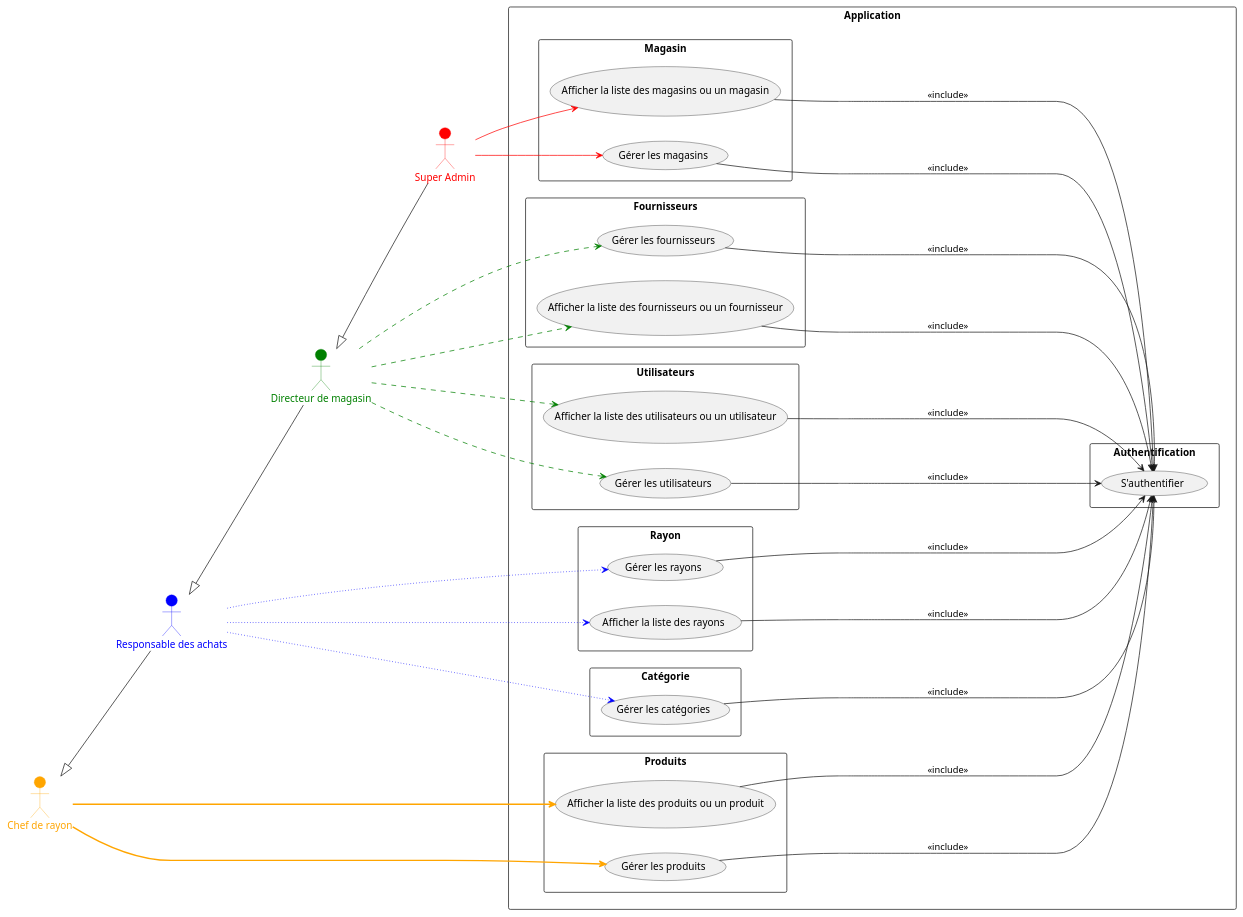
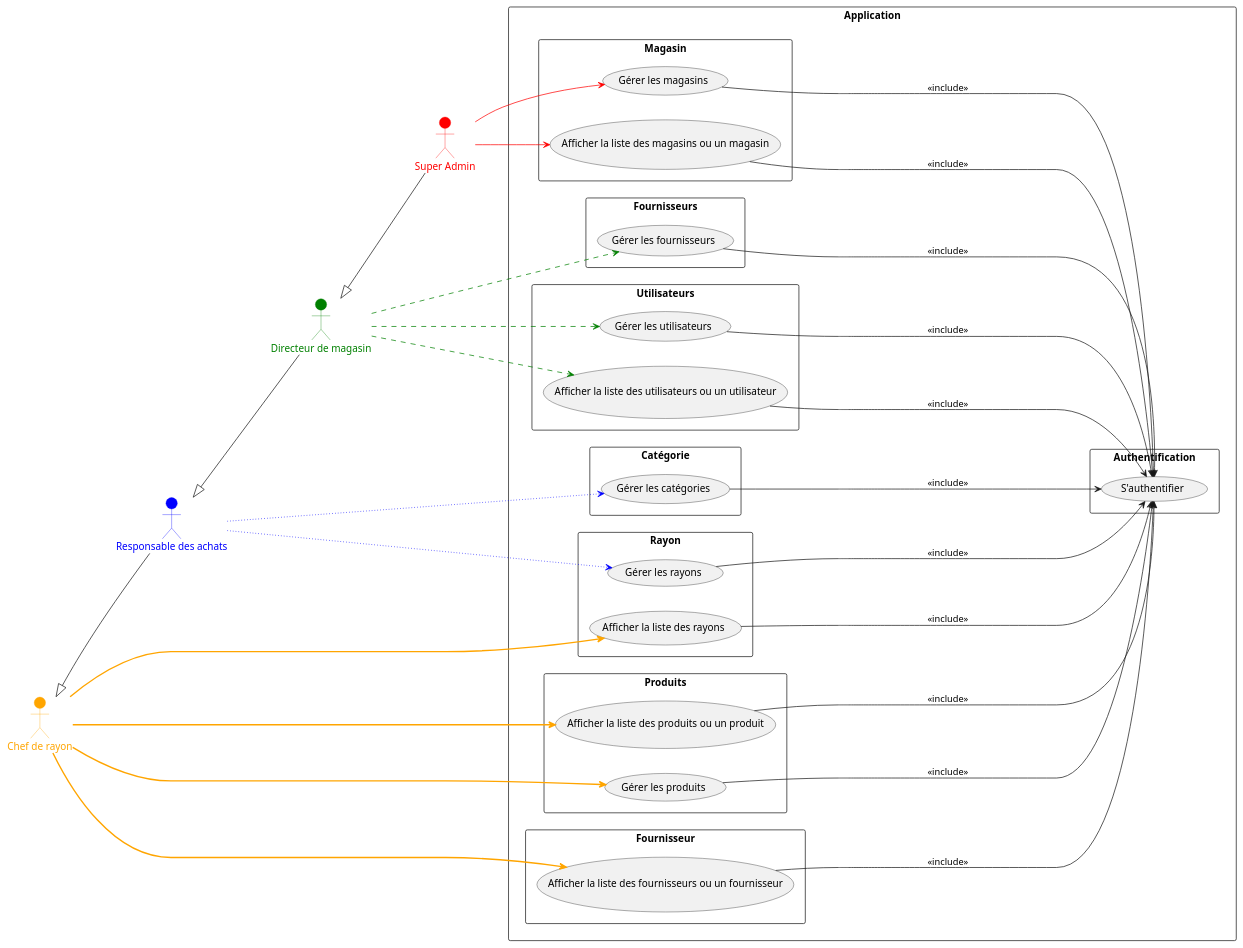
Before and after one commit to lequanos/projet-09-gestion-de-magasin-back: the diagram in docs/uml/use-cases.puml, drawn with PlantUML. The commit also changed 4 other files, not shown here.

```diff
--- a/docs/uml/use-cases.puml
+++ b/docs/uml/use-cases.puml
@@ -1,74 +1,78 @@
 @startuml use-cases
 
 left to right direction
 actor "Super Admin" as sa #red;line:red;text:red
 actor "Directeur de magasin" as dr #green;line:green;text:green
 actor "Chef de rayon" as cr #orange;line:orange;text:orange
 actor "Responsable des achats" as ra #blue;line:blue;text:blue
 
 rectangle "Application" {
     rectangle "Magasin" {
         usecase UC1 as "Afficher la liste des magasins ou un magasin"
         usecase UC2 as "Gérer les magasins"
     }
 
     rectangle "Produits" {
         usecase UC3 as "Afficher la liste des produits ou un produit"
         usecase UC4 as "Gérer les produits"
     }
 
+
     rectangle "Fournisseurs" {
-        usecase UC5 as "Afficher la liste des fournisseurs ou un fournisseur"
         usecase UC6 as "Gérer les fournisseurs"
     }
 
     rectangle "Utilisateurs" {
         usecase UC7 as "Afficher la liste des utilisateurs ou un utilisateur"
         usecase UC8 as "Gérer les utilisateurs"
     }
 
     rectangle "Rayon" {
         usecase UC9 as "Afficher la liste des rayons"
         usecase UC10 as "Gérer les rayons"
+    }
+
+    rectangle "Fournisseur" {
+        usecase UC5 as "Afficher la liste des fournisseurs ou un fournisseur"
     }
 
     rectangle "Catégorie" {
         usecase UC11 as "Gérer les catégories"
     }
 
     rectangle "Authentification" {
         usecase UC12 as "S'authentifier"
     }
 }
 
 dr <|-- sa
 sa --> UC1 #line:red
 sa --> UC2 #line:red
 
 ra <|-- dr
-dr --> UC5 #green;line.dashed
 dr --> UC6 #green;line.dashed
 dr --> UC7 #green;line.dashed
 dr --> UC8 #green;line.dashed
 
 cr <|-- ra
-ra --> UC9 #blue;line.dotted
 ra --> UC10 #blue;line.dotted
 ra --> UC11 #blue;line.dotted
 
 cr --> UC3 #orange;line.bold
 cr --> UC4 #orange;line.bold
+cr --> UC5 #orange;line.bold
+cr --> UC9 #orange;line.bold
 
 UC1 -------> UC12 : <<include>>
 UC2 -------> UC12 : <<include>>
 UC5 -------> UC12 : <<include>>
 UC6 -------> UC12 : <<include>>
 UC7 -------> UC12 : <<include>>
 UC8 -------> UC12 : <<include>>
 UC9 -------> UC12 : <<include>>
 UC10 -------> UC12 : <<include>>
 UC11 -------> UC12 : <<include>>
 UC3 -------> UC12 : <<include>>
 UC4 -------> UC12 : <<include>>
 
 @enduml
```
